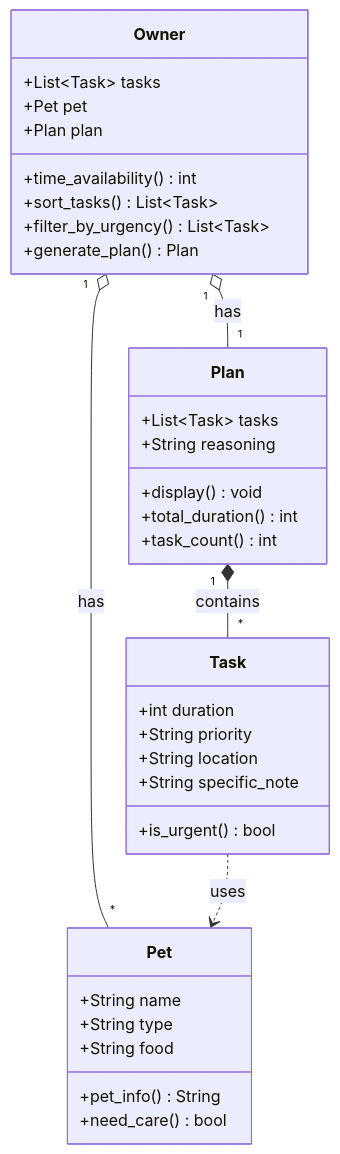
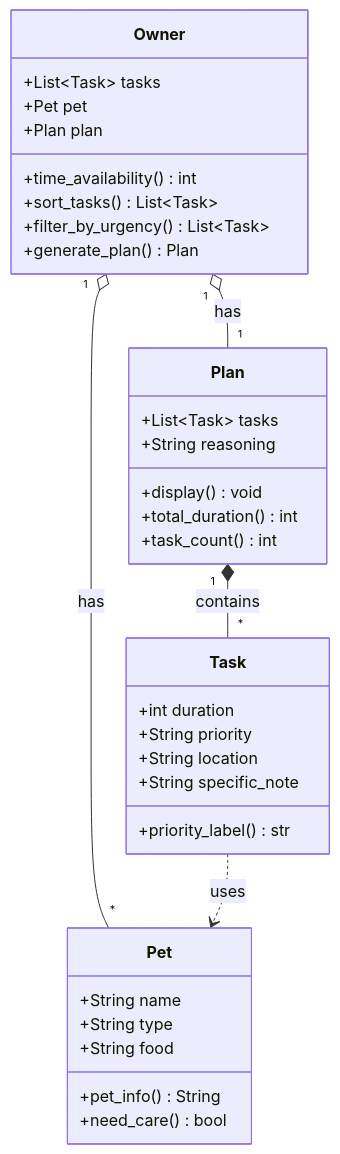
Before and after one commit to NgocKhanhHoang/applied-ai-system-project: the diagram in diagrams/uml_draft.mmd, drawn with Mermaid. The commit also changed 5 other files, not shown here.

```diff
--- a/diagrams/uml_draft.mmd
+++ b/diagrams/uml_draft.mmd
@@ -1,41 +1,41 @@
 classDiagram
     class Pet {
         +String name
         +String type
         +String food
         +pet_info() String
         +need_care() bool
     }
 
     class Task {
         +int duration
         +String priority
         +String location
         +String specific_note
-        +is_urgent() bool
+        +priority_label() str
     }
 
     class Owner {
         +List~Task~ tasks
         +Pet pet
         +Plan plan
         +time_availability() int
         +sort_tasks() List~Task~
         +filter_by_urgency() List~Task~
         +generate_plan() Plan
     }
 
     class Plan {
         +List~Task~ tasks
         +String reasoning
         +display() void
         +total_duration() int
         +task_count() int
     }
 
     %% priority is an enum: HIGH / MED / LOW (represented as String)
 
     Plan "1" *-- "*" Task : contains
     Owner "1" o-- "1" Plan : has
     Owner "1" o-- "*" Pet : has
     Task ..> Pet : uses
```
